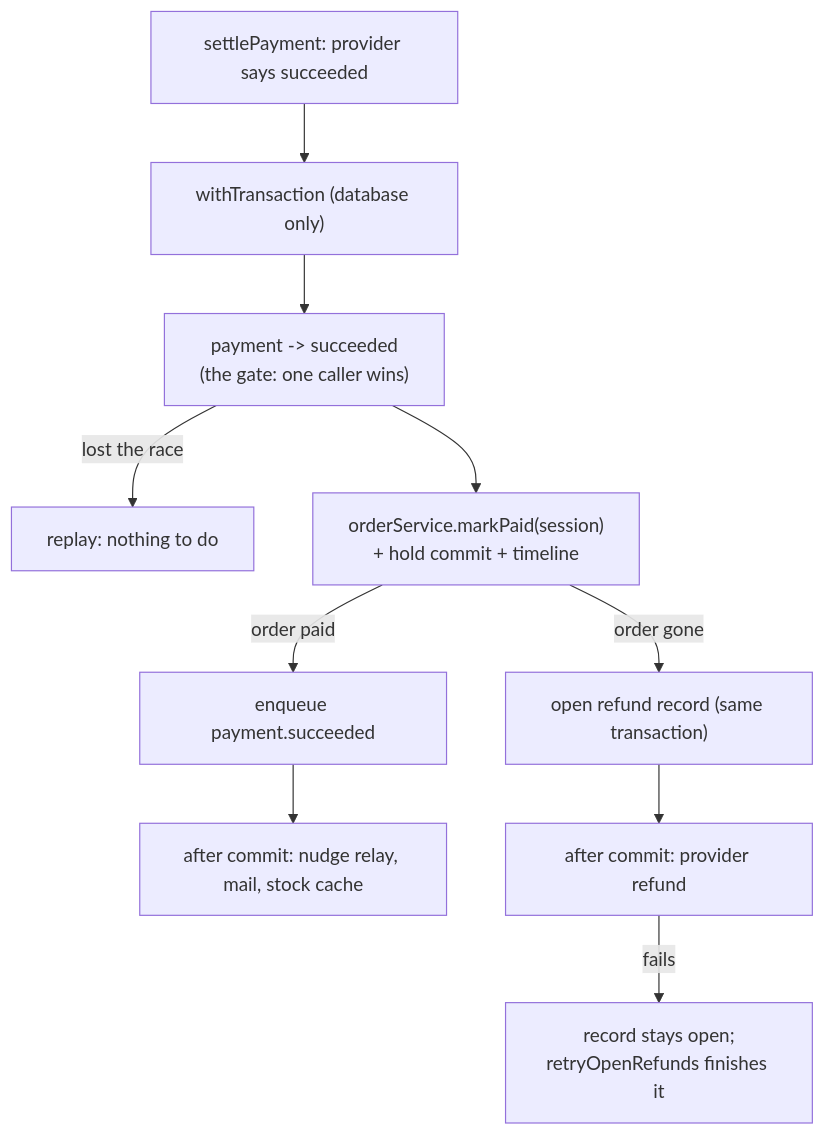
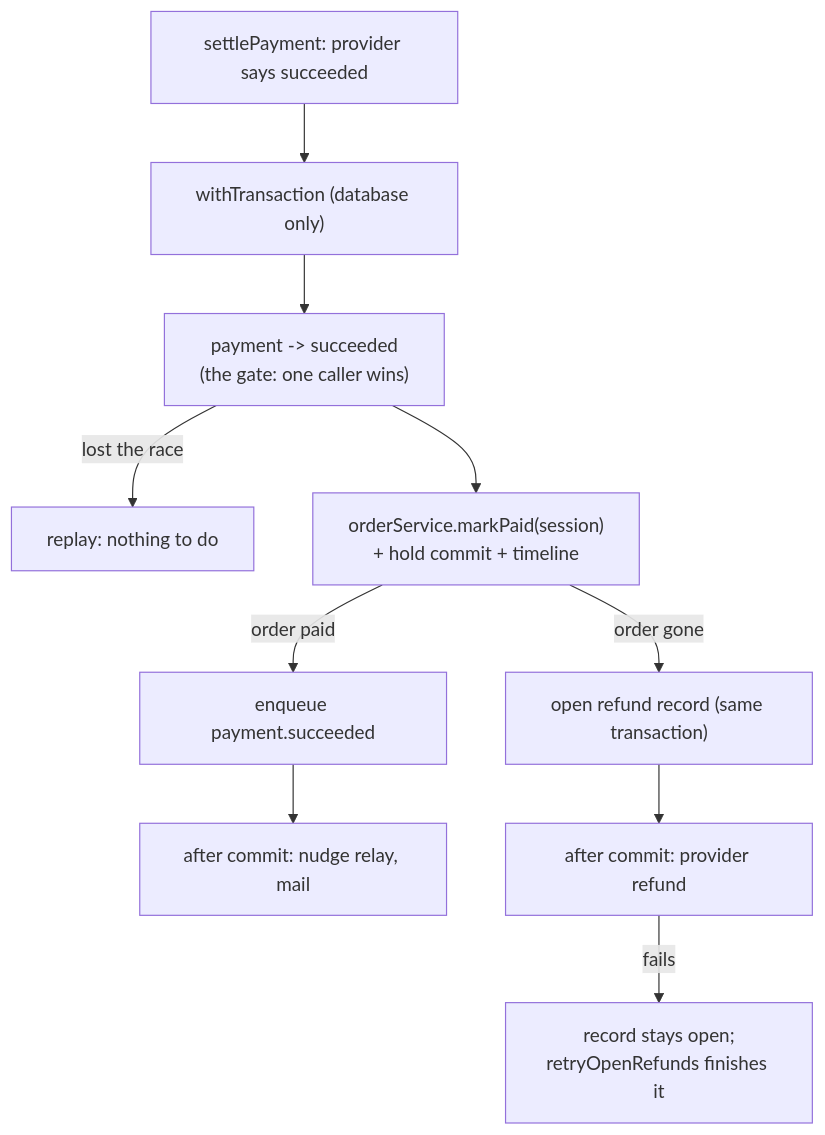
The third of 12 diagrams in docs/modules/payments.md (Guebbit/boilerplate-node-backend), drawn with Mermaid before and after one commit. The commit also changed other lines of this file and 9 other files, not shown here.

````diff
--- a/docs/modules/payments.md
+++ b/docs/modules/payments.md
@@ -190,12 +188,12 @@
 ```mermaid
 flowchart TD
     S["settlePayment: provider says succeeded"] --> T["withTransaction (database only)"]
     T --> G["payment -> succeeded<br/>(the gate: one caller wins)"]
     G -->|lost the race| R["replay: nothing to do"]
     G --> M["orderService.markPaid(session)<br/>+ hold commit + timeline"]
     M -->|order paid| O["enqueue payment.succeeded"]
     M -->|order gone| F["open refund record (same transaction)"]
-    O --> C["after commit: nudge relay, mail, stock cache"]
+    O --> C["after commit: nudge relay, mail"]
     F --> P["after commit: provider refund"]
     P -->|fails| Q["record stays open;<br/>retryOpenRefunds finishes it"]
 ```
````
